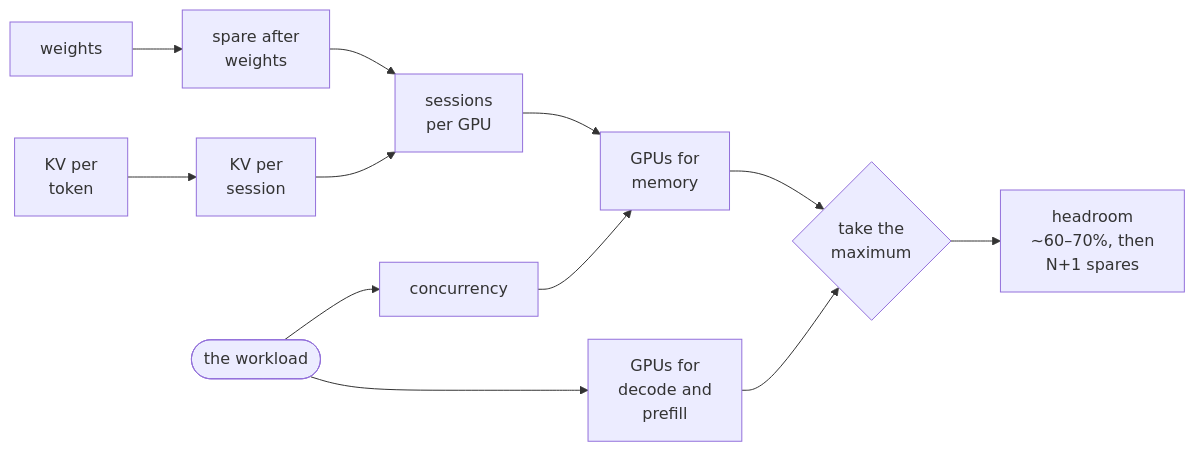
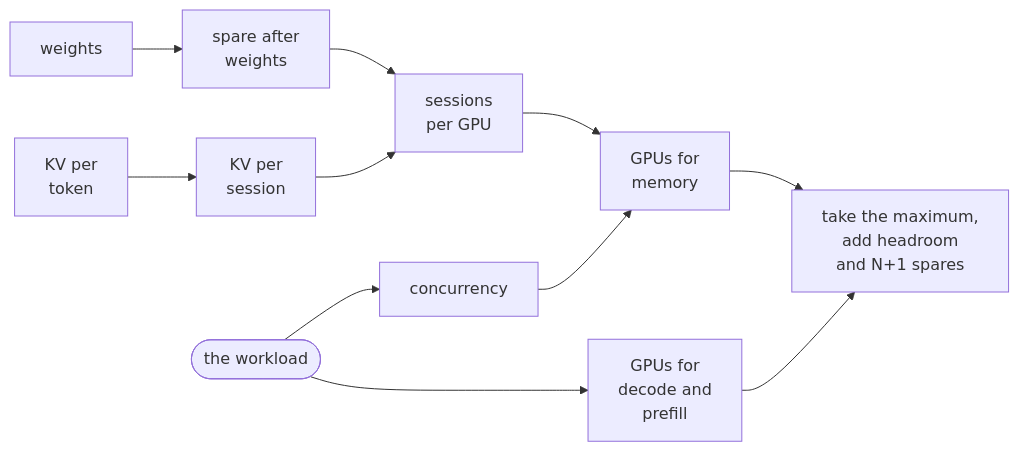
One commit to aniryou/full-stack-agentic-engineer changed the diagram in 00-foundations/gpu-capacity-planning/PRIMER.md. Above: the diagram before and after it, drawn with Mermaid. The commit also changed other lines of this file and 211 other files, not shown here.

````diff
--- a/00-foundations/gpu-capacity-planning/PRIMER.md
+++ b/00-foundations/gpu-capacity-planning/PRIMER.md
@@ -112,25 +116,23 @@
 ```mermaid
 flowchart LR
   P["weights"]
   K["KV per<br/>token"]
   W(["the workload"])
   S["spare after<br/>weights"]
   C["KV per<br/>session"]
   L["concurrency"]
   N["sessions<br/>per GPU"]
   T["GPUs for<br/>decode and<br/>prefill"]
   M["GPUs for<br/>memory"]
-  X{"take the<br/>maximum"}
-  R["headroom<br/>~60–70%, then<br/>N+1 spares"]
+  R["take the maximum,<br/>add headroom<br/>and N+1 spares"]
   P --> S
   K --> C
   S --> N
   C --> N
   W --> L
   W --> T
   N --> M
   L --> M
-  M --> X
-  T --> X
-  X --> R
+  M --> R
+  T --> R
 ```
````
